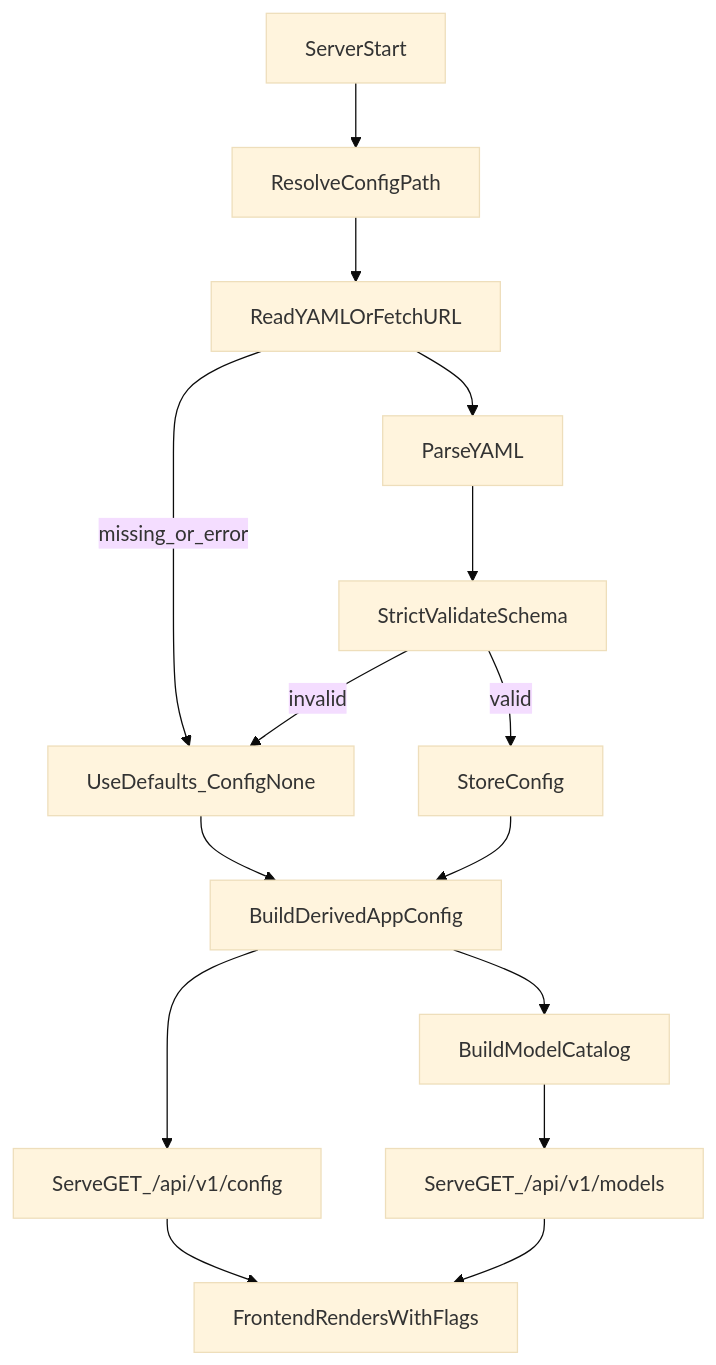
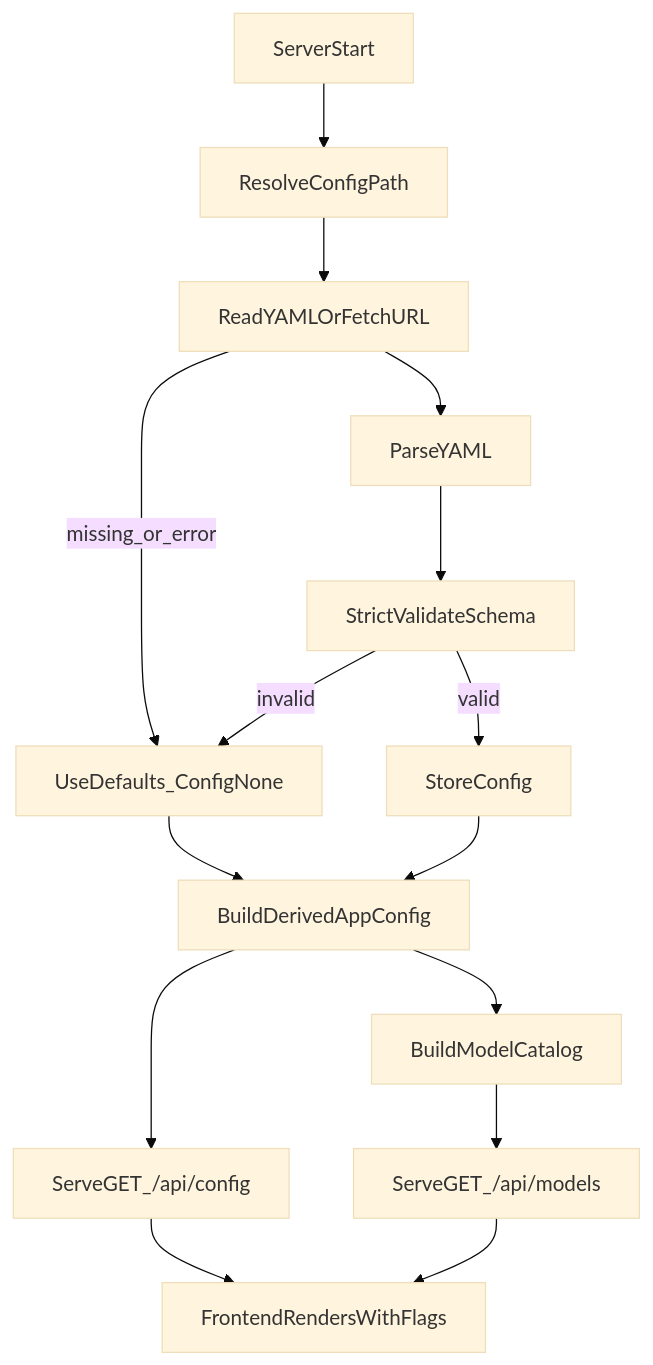
The diagram in !ref/03. plan.match_libreChat.md (asm2025/T3Chat), drawn with Mermaid (base theme) before and after one commit. The commit also changed other lines of this file and 16 other files, not shown here.

````diff
--- a/!ref/03. plan.match_libreChat.md
+++ b/!ref/03. plan.match_libreChat.md
@@ -263,17 +263,17 @@
 ```mermaid
 flowchart TD
   start[ServerStart] --> resolvePath[ResolveConfigPath]
   resolvePath --> readYaml[ReadYAMLOrFetchURL]
   readYaml -->|missing_or_error| fallback[UseDefaults_ConfigNone]
   readYaml --> parseYaml[ParseYAML]
   parseYaml --> validate[StrictValidateSchema]
   validate -->|invalid| fallback
   validate -->|valid| storeCfg[StoreConfig]
   storeCfg --> buildAppConfig[BuildDerivedAppConfig]
   fallback --> buildAppConfig
-  buildAppConfig --> serveStartup[ServeGET_/api/v1/config]
+  buildAppConfig --> serveStartup[ServeGET_/api/config]
   buildAppConfig --> buildCatalog[BuildModelCatalog]
-  buildCatalog --> serveModels[ServeGET_/api/v1/models]
+  buildCatalog --> serveModels[ServeGET_/api/models]
   serveStartup --> ui[FrontendRendersWithFlags]
   serveModels --> ui
 ```
````
